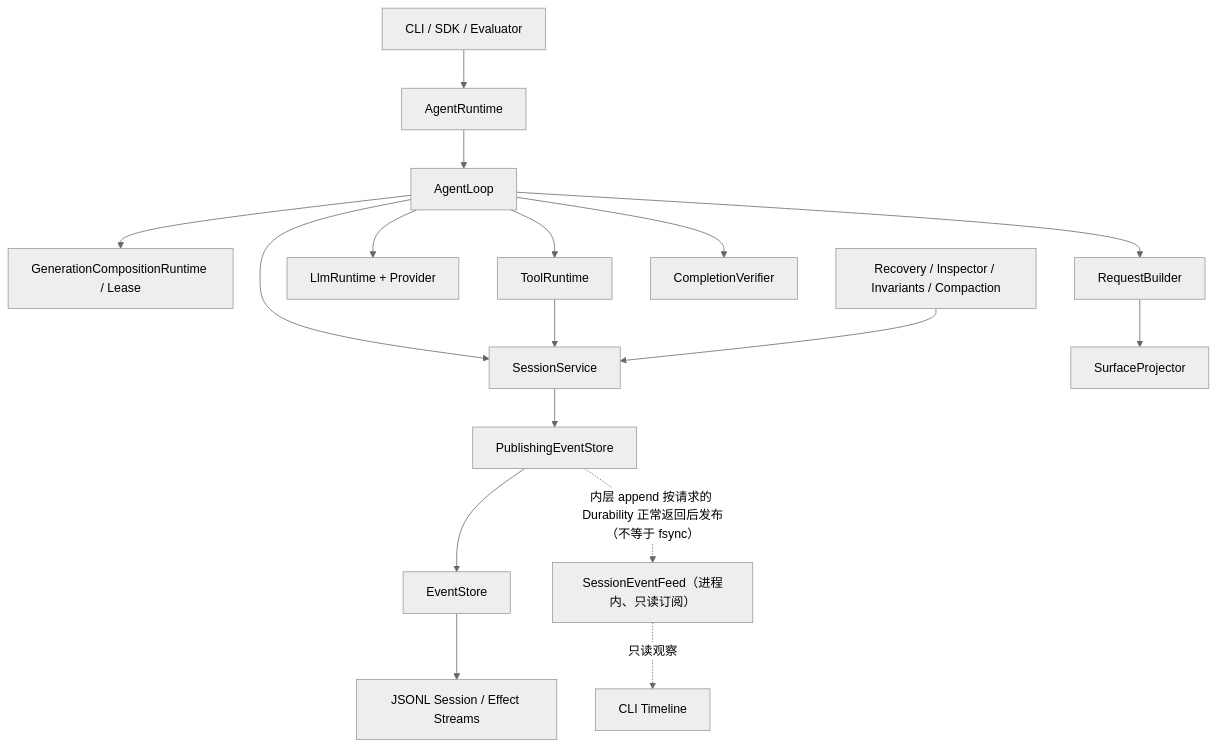
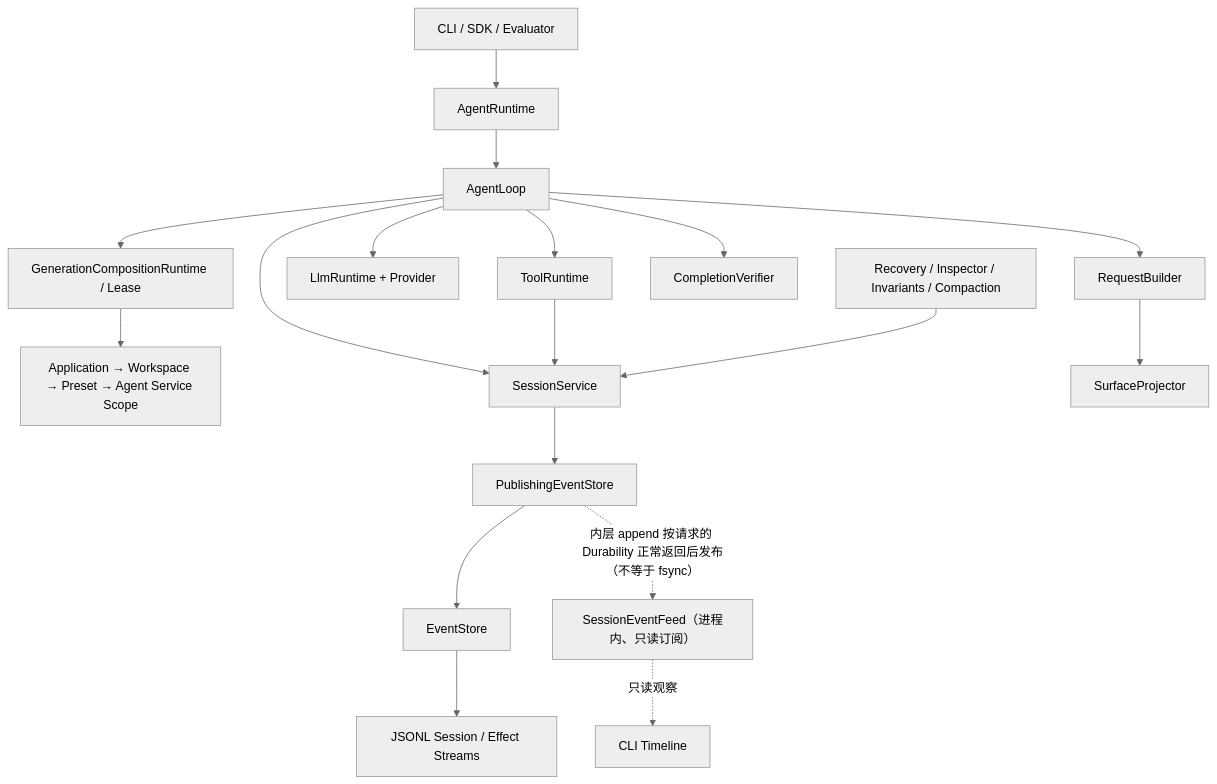
Before and after one commit to uboyme/traceHarness: the first of 11 diagrams in docs/note/project-context.md, drawn with Mermaid (neutral theme). The commit also changed other lines of this file and 21 other files, not shown here.

````diff
--- a/docs/note/project-context.md
+++ b/docs/note/project-context.md
@@ -156,19 +157,20 @@
 ```mermaid
 flowchart TD
     CLI["CLI / SDK / Evaluator"] --> AR["AgentRuntime"]
     AR --> AL["AgentLoop"]
     AL --> CR["GenerationCompositionRuntime / Lease"]
+    CR --> SC["Application → Workspace → Preset → Agent Service Scope"]
     AL --> RB["RequestBuilder"]
     AL --> LR["LlmRuntime + Provider"]
     AL --> TR["ToolRuntime"]
     AL --> CV["CompletionVerifier"]
     AL --> SS["SessionService"]
     RB --> SP["SurfaceProjector"]
     TR --> SS
     SS --> PS["PublishingEventStore"]
     PS --> ES["EventStore"]
     ES --> JL["JSONL Session / Effect Streams"]
     PS -. "内层 append 按请求的 Durability 正常返回后发布（不等于 fsync）" .-> FEED["SessionEventFeed（进程内、只读订阅）"]
     FEED -. "只读观察" .-> UI["CLI Timeline"]
     REC["Recovery / Inspector / Invariants / Compaction"] --> SS
 ```
````
